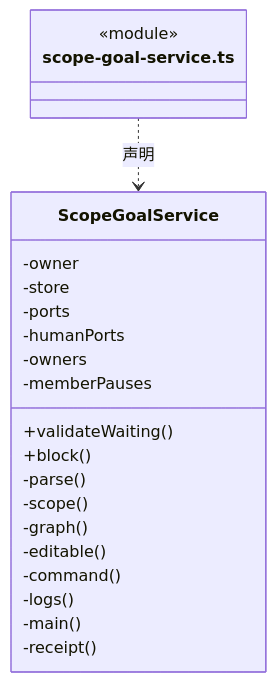
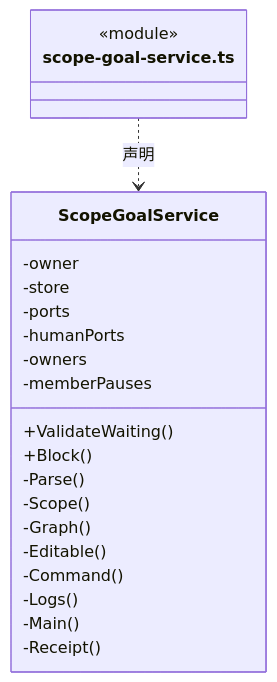
Before and after one commit to nan023062/cbim: diagram 12 of 25 in src/logic/tasks/runtime/ARCHITECTURE.md, drawn with Mermaid. The commit also changed other lines of this file and 1035 other files, not shown here.

````diff
--- a/src/logic/tasks/runtime/ARCHITECTURE.md
+++ b/src/logic/tasks/runtime/ARCHITECTURE.md
@@ -304,25 +304,25 @@
 ```mermaid
 classDiagram
 class N_src_logic_tasks_runtime_scope_goal_service_ts["scope-goal-service.ts"] {
   <<module>>
 }
 class N_src_logic_tasks_runtime_scope_goal_service_ts_ScopeGoalService["ScopeGoalService"] {
-  +validateWaiting()
-  +block()
+  +ValidateWaiting()
+  +Block()
   -owner
   -store
   -ports
   -humanPorts
   -owners
   -memberPauses
-  -parse()
-  -scope()
-  -graph()
-  -editable()
-  -command()
-  -logs()
-  -main()
-  -receipt()
+  -Parse()
+  -Scope()
+  -Graph()
+  -Editable()
+  -Command()
+  -Logs()
+  -Main()
+  -Receipt()
 }
 N_src_logic_tasks_runtime_scope_goal_service_ts ..> N_src_logic_tasks_runtime_scope_goal_service_ts_ScopeGoalService : 声明
 ```
````
